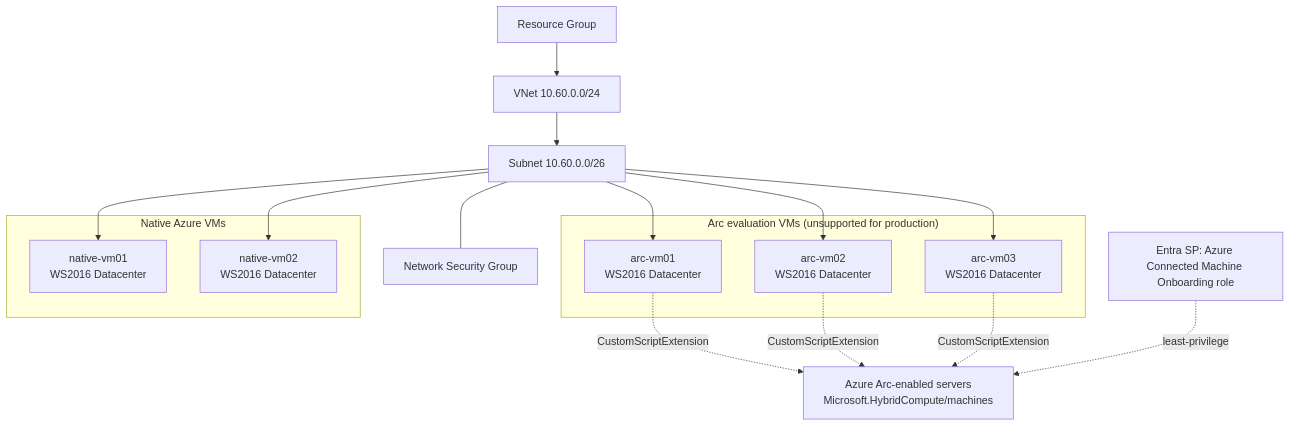
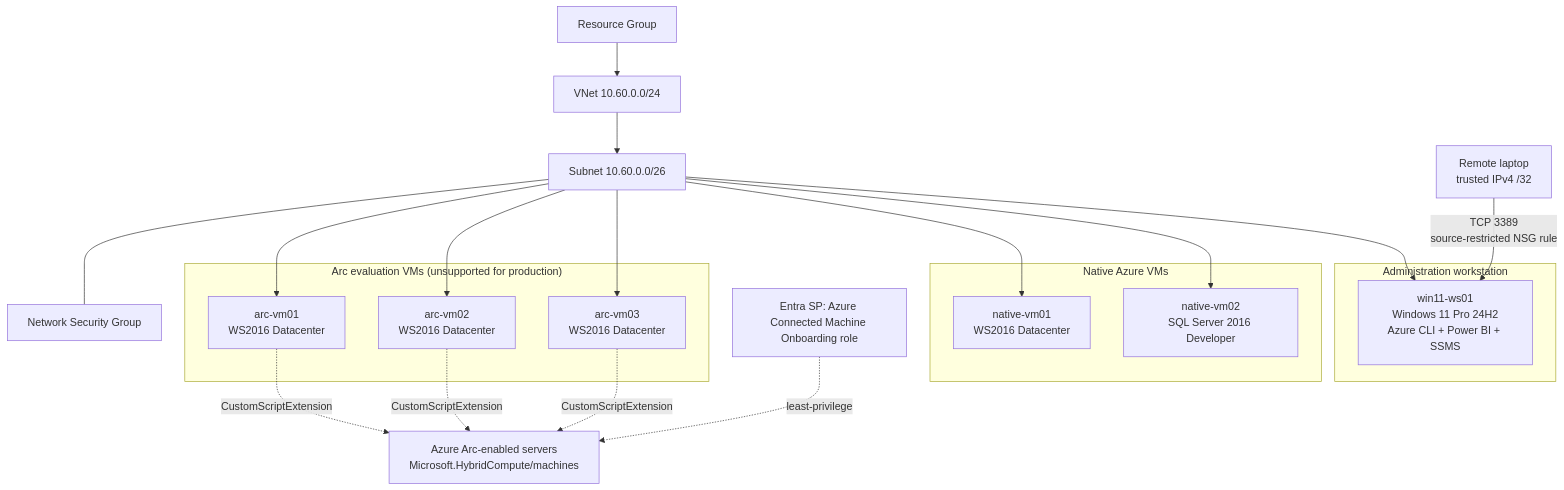
Before and after one commit to weeyin83/ws-2016-deployment-demo: the diagram in readme.md, drawn with Mermaid. The commit also changed other lines of this file, not shown here.

````diff
--- a/readme.md
+++ b/readme.md
@@ -25,26 +31,32 @@
 ```mermaid
 graph TB
     RG[Resource Group]
     VNET[VNet 10.60.0.0/24]
     SUBNET[Subnet 10.60.0.0/26]
     NSG[Network Security Group]
+    LAPTOP[Remote laptop<br/>trusted IPv4 /32]
 
     RG --> VNET --> SUBNET
     SUBNET --- NSG
 
     subgraph "Arc evaluation VMs (unsupported for production)"
         A1[arc-vm01<br/>WS2016 Datacenter]
         A2[arc-vm02<br/>WS2016 Datacenter]
         A3[arc-vm03<br/>WS2016 Datacenter]
     end
 
     subgraph "Native Azure VMs"
         N1[native-vm01<br/>WS2016 Datacenter]
-        N2[native-vm02<br/>WS2016 Datacenter]
+      N2[native-vm02<br/>SQL Server 2016 Developer]
     end
 
-    SUBNET --> A1 & A2 & A3 & N1 & N2
+    subgraph "Administration workstation"
+      W11[win11-ws01<br/>Windows 11 Pro 24H2<br/>Azure CLI + Power BI + SSMS]
+    end
+
+    SUBNET --> A1 & A2 & A3 & N1 & N2 & W11
+    LAPTOP -->|TCP 3389<br/>source-restricted NSG rule| W11
 
     A1 & A2 & A3 -. CustomScriptExtension .-> ARC[Azure Arc-enabled servers<br/>Microsoft.HybridCompute/machines]
     SPN[Entra SP: Azure Connected Machine Onboarding role] -. least-privilege .-> ARC
 ```
````
